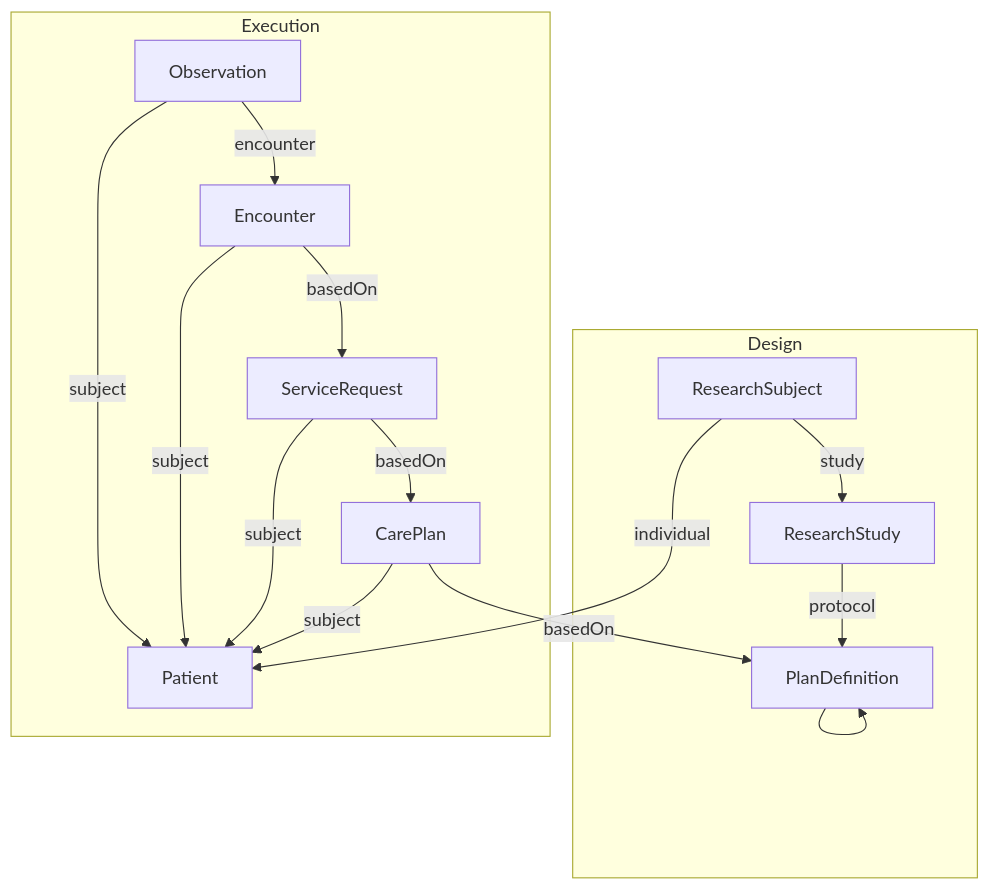
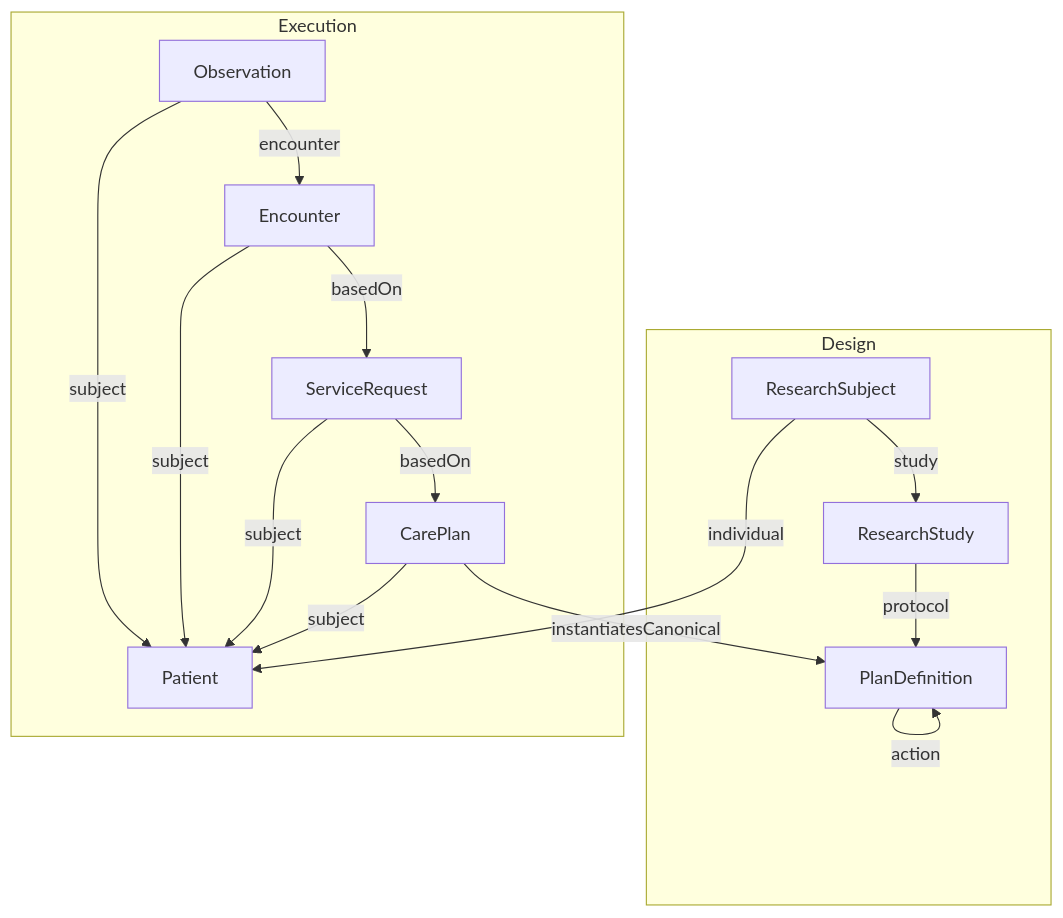
The diagram in DESIGN.md (sween/soa-bridge-match), drawn with Mermaid before and after one commit.

Commit message:
Fixed PD -> CP

````diff
--- a/DESIGN.md
+++ b/DESIGN.md
@@ -19,19 +19,19 @@
 ```mermaid
 graph TD
     ResearchSubject --individual--> Patient 
     subgraph Design
     ResearchStudy --protocol--> PlanDefinition
     ResearchSubject --study--> ResearchStudy
-    PlanDefinition --> PlanDefinition
+    PlanDefinition --action--> PlanDefinition
     end
     subgraph Execution
-    CarePlan --basedOn--> PlanDefinition
+    CarePlan --instantiatesCanonical--> PlanDefinition
     ServiceRequest --basedOn--> CarePlan
     Encounter --basedOn--> ServiceRequest
     Observation --encounter--> Encounter
     CarePlan --subject--> Patient
     ServiceRequest --subject--> Patient
     Encounter --subject--> Patient
     Observation --subject--> Patient
     end
 ```
````
